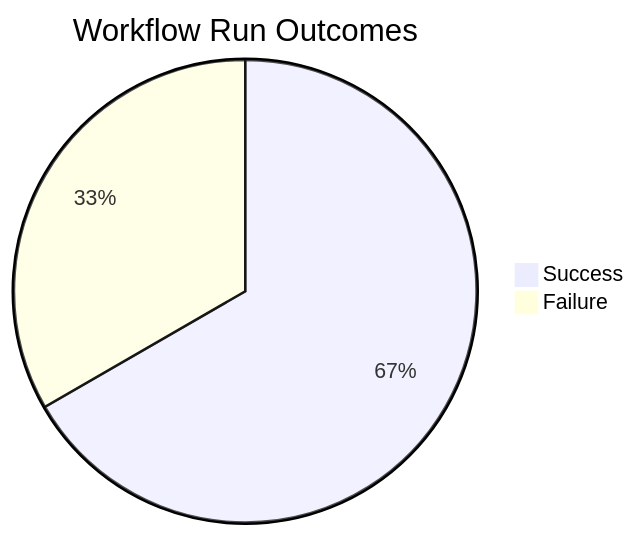
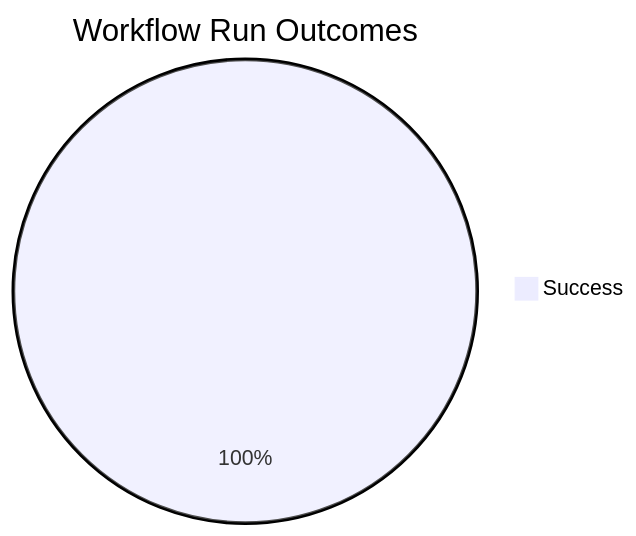
Before and after one commit to ukma-cs-ssdm-2025/rate-ukma: the first of 4 diagrams in docs/ci-cd/dora-summary.md, drawn with Mermaid. The commit also changed other lines of this file, not shown here.

````diff
--- a/docs/ci-cd/dora-summary.md
+++ b/docs/ci-cd/dora-summary.md
@@ -22,5 +22,4 @@
 ```mermaid
 pie title Workflow Run Outcomes
-    "Success" : 4
-    "Failure" : 2
+    "Success" : 2
 ```
````
